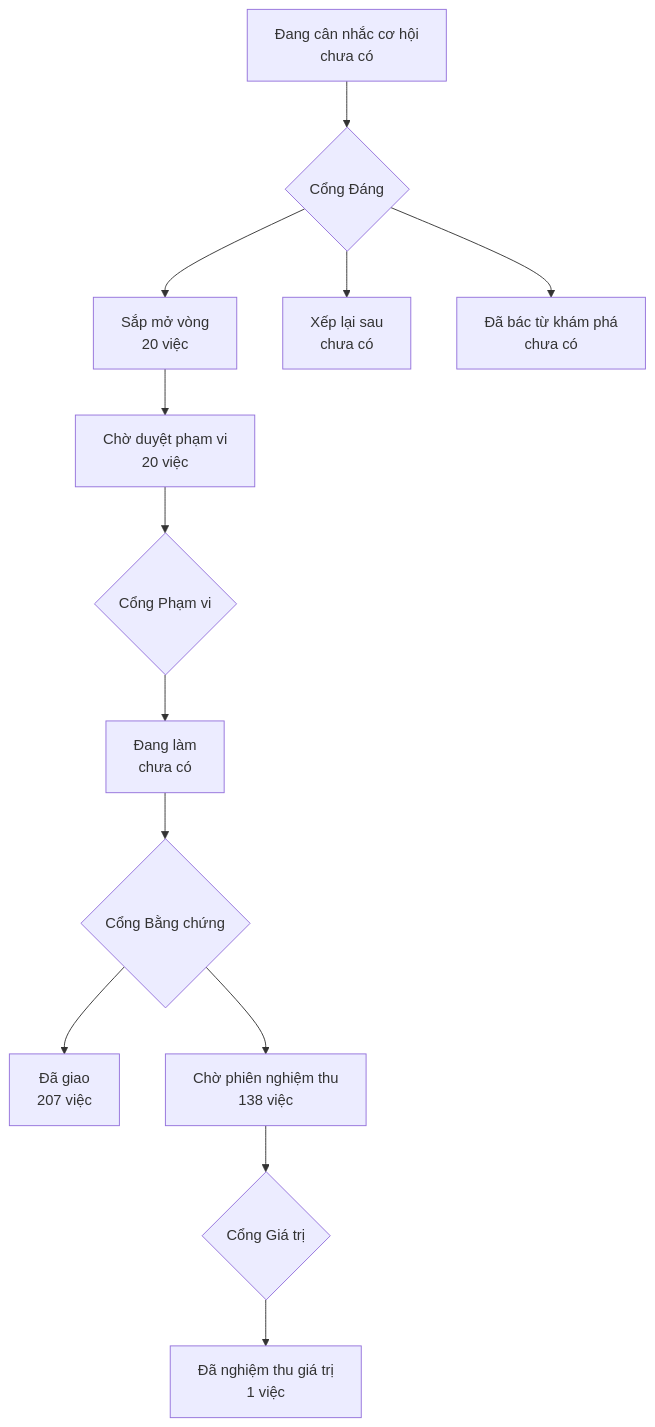
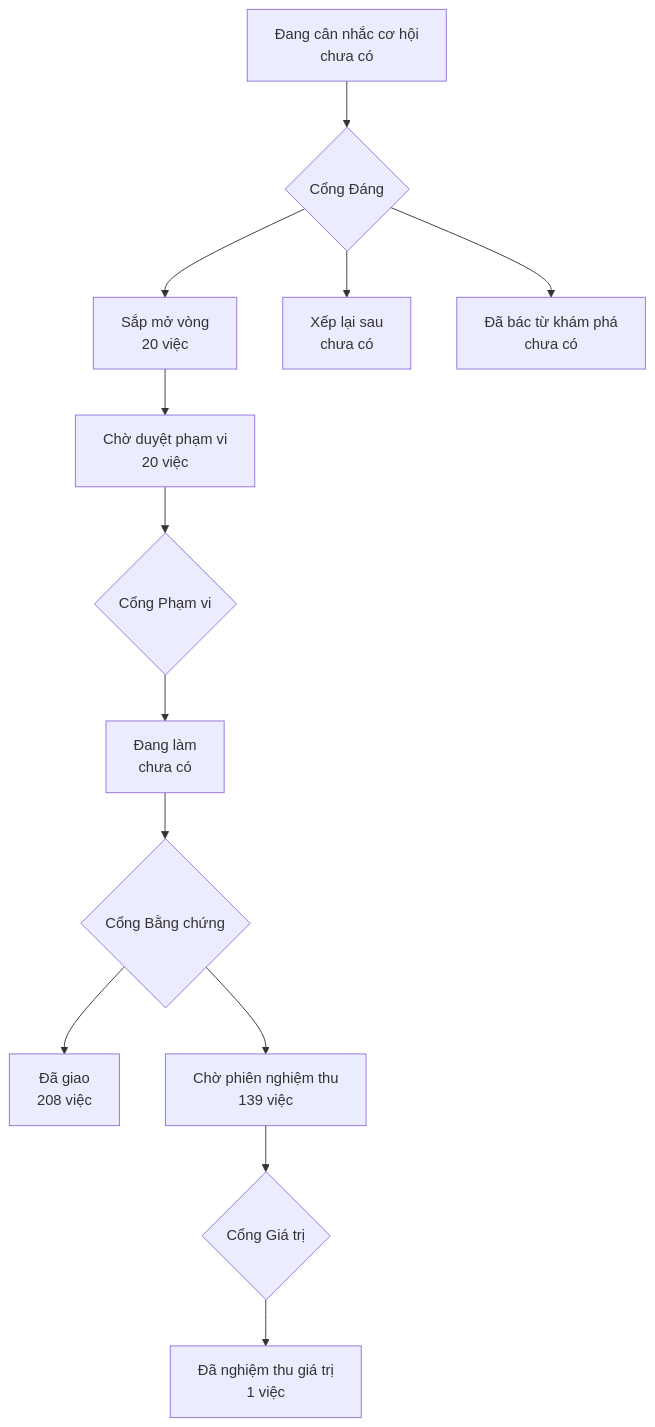
Before and after one commit to phanlemanh/onehub-invest: the diagram in PRODUCT-MAP.md, drawn with Mermaid. The commit also changed other lines of this file and 1 other file, not shown here.

Commit message:
chore: vẽ lại bản đồ sản phẩm, lộ trình sau khi nhận main a60adccb8

````diff
--- a/PRODUCT-MAP.md
+++ b/PRODUCT-MAP.md
@@ -7,12 +7,12 @@
 ```mermaid
 flowchart TD
   A["Đang cân nhắc cơ hội<br/>chưa có"] --> GD{"Cổng Đáng"}
   GD --> B["Sắp mở vòng<br/>20 việc"]
   GD --> XL["Xếp lại sau<br/>chưa có"]
   GD --> DB["Đã bác từ khám phá<br/>chưa có"]
   B --> CD["Chờ duyệt phạm vi<br/>20 việc"] --> GP{"Cổng Phạm vi"}
   GP --> DL["Đang làm<br/>chưa có"] --> GB{"Cổng Bằng chứng"}
-  GB --> DG["Đã giao<br/>207 việc"]
-  GB --> CN["Chờ phiên nghiệm thu<br/>138 việc"] --> GG{"Cổng Giá trị"}
+  GB --> DG["Đã giao<br/>208 việc"]
+  GB --> CN["Chờ phiên nghiệm thu<br/>139 việc"] --> GG{"Cổng Giá trị"}
   GG --> NT["Đã nghiệm thu giá trị<br/>1 việc"]
 ```
````
